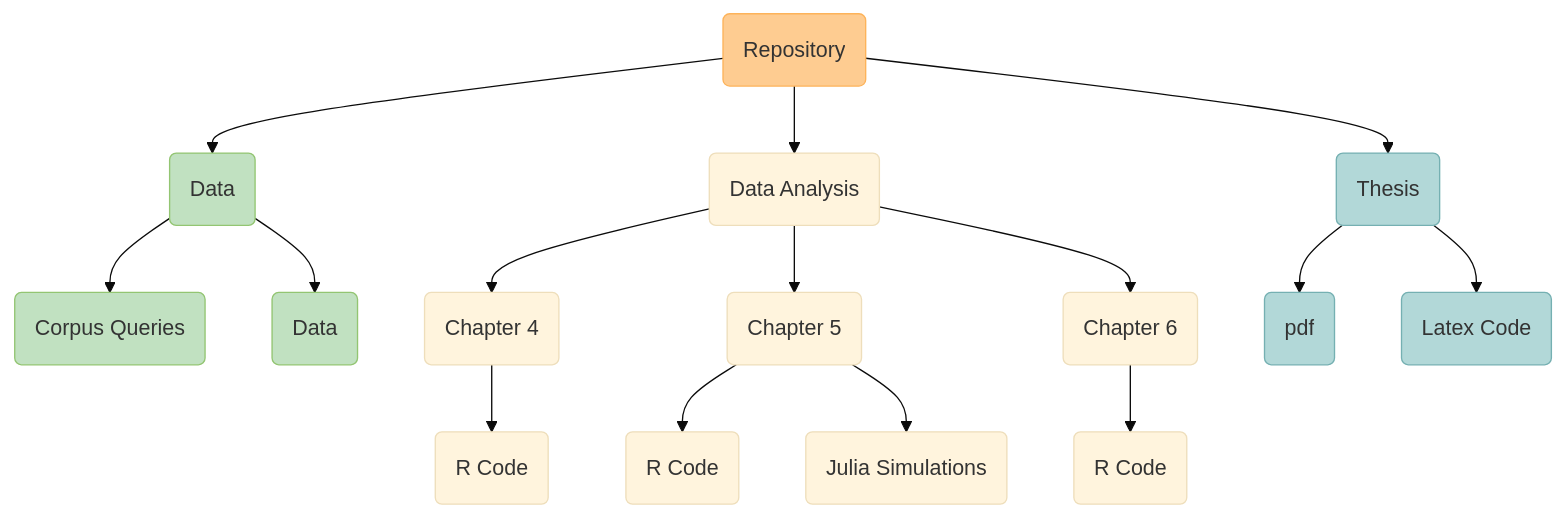
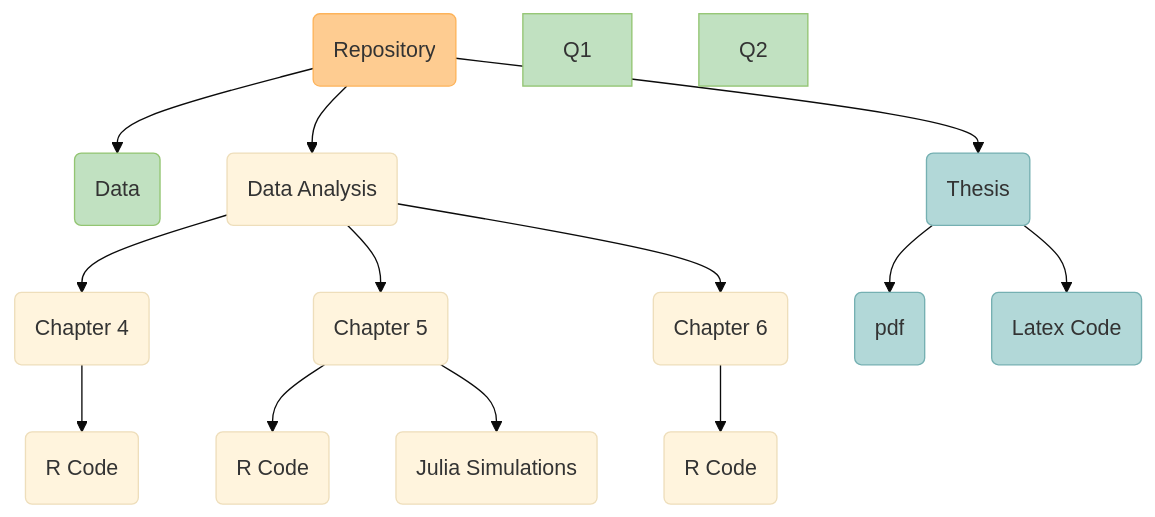
The diagram in README.md (Raquel-Montero/PhDThesis), drawn with Mermaid (base theme) before and after one commit.

````diff
--- a/README.md
+++ b/README.md
@@ -11,25 +11,23 @@
 ```mermaid
 graph TD;
     A(Repository) --> Q(Data);
-    Q(Data) --> Q1(Corpus Queries);
-    Q(Data) --> Q2(Data);
     A(Repository)--> C(Data Analysis);
     C(Data Analysis) --> D(Chapter 4);
     D(Chapter 4) --> D1(R Code);
     C(Data Analysis) --> E(Chapter 5);
     E(Chapter 5) --> E1(R Code);
     E(Chapter 5) --> E2(Julia Simulations);
     C(Data Analysis) --> F(Chapter 6);
     F(Chapter 6) --> F1(R Code);
     A(Repository) --> B(Thesis);
     B(Thesis) --> B1(pdf);
     B(Thesis) --> B2(Latex Code);
 
 style A fill:#fecc91, stroke:#fdb35a
 style Q fill:#C1E1C1, stroke:#93C572
 style Q1 fill:#C1E1C1, stroke:#93C572
 style Q2 fill:#C1E1C1, stroke:#93C572
 style B fill:#b2d8d8, stroke:#75b0b2
 style B1 fill:#b2d8d8, stroke:#75b0b2
 style B2 fill:#b2d8d8, stroke:#75b0b2
 ```
````
